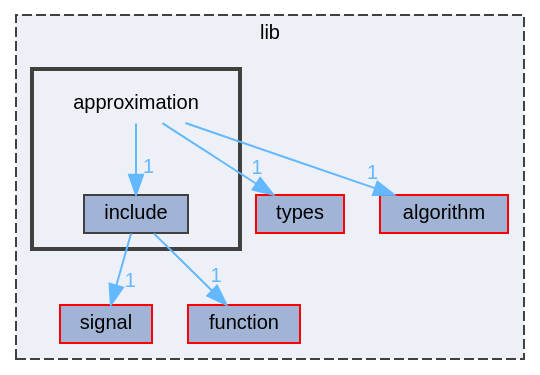
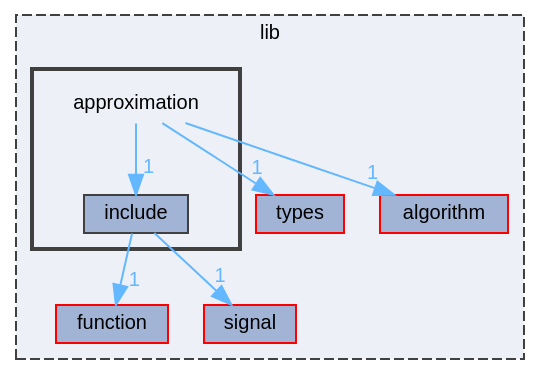
Before and after one commit to pawelekg95/algopp: the diagram in dir_f4f6abf580949af0987efb2b5288cd6d_dep.dot, drawn with Graphviz. The commit also changed other lines of this file and 63 other files, not shown here.

```diff
--- a/dir_f4f6abf580949af0987efb2b5288cd6d_dep.dot
+++ b/dir_f4f6abf580949af0987efb2b5288cd6d_dep.dot
@@ -1,25 +1,25 @@
 digraph "lib/approximation"
 {
  // LATEX_PDF_SIZE
   bgcolor="transparent";
   edge [fontname=Helvetica,fontsize=10,labelfontname=Helvetica,labelfontsize=10];
   node [fontname=Helvetica,fontsize=10,shape=box,height=0.2,width=0.4];
   compound=true
   subgraph clusterdir_97aefd0d527b934f1d99a682da8fe6a9 {
     graph [ bgcolor="#edf0f7", pencolor="grey25", label="lib", fontname=Helvetica,fontsize=10 style="filled,dashed", URL="dir_97aefd0d527b934f1d99a682da8fe6a9.html",tooltip=""]
   dir_560694f03ee5bf1136d79e4f1ca1ca37 [label="types", fillcolor="#a2b4d6", color="red", style="filled", URL="dir_560694f03ee5bf1136d79e4f1ca1ca37.html",tooltip=""];
   dir_f5dd86dbd9583e7b6fc3983d3949da68 [label="algorithm", fillcolor="#a2b4d6", color="red", style="filled", URL="dir_f5dd86dbd9583e7b6fc3983d3949da68.html",tooltip=""];
+  dir_3b39e246e957d89ef5380b11409e8380 [label="function", fillcolor="#a2b4d6", color="red", style="filled", URL="dir_3b39e246e957d89ef5380b11409e8380.html",tooltip=""];
   dir_85595cb542db97c92303133db6d9ba0a [label="signal", fillcolor="#a2b4d6", color="red", style="filled", URL="dir_85595cb542db97c92303133db6d9ba0a.html",tooltip=""];
-  dir_3b39e246e957d89ef5380b11409e8380 [label="function", fillcolor="#a2b4d6", color="red", style="filled", URL="dir_3b39e246e957d89ef5380b11409e8380.html",tooltip=""];
   subgraph clusterdir_f4f6abf580949af0987efb2b5288cd6d {
     graph [ bgcolor="#edf0f7", pencolor="grey25", label="", fontname=Helvetica,fontsize=10 style="filled,bold", URL="dir_f4f6abf580949af0987efb2b5288cd6d.html",tooltip=""]
     dir_f4f6abf580949af0987efb2b5288cd6d [shape=plaintext, label="approximation"];
   dir_8c415c826d28bb00437242f6e774f67f [label="include", fillcolor="#a2b4d6", color="grey25", style="filled", URL="dir_8c415c826d28bb00437242f6e774f67f.html",tooltip=""];
   }
   }
   dir_f4f6abf580949af0987efb2b5288cd6d->dir_560694f03ee5bf1136d79e4f1ca1ca37 [headlabel="1", labeldistance=1.5 headhref="dir_000002_000028.html" color="steelblue1" fontcolor="steelblue1"];
   dir_f4f6abf580949af0987efb2b5288cd6d->dir_8c415c826d28bb00437242f6e774f67f [headlabel="1", labeldistance=1.5 headhref="dir_000002_000016.html" color="steelblue1" fontcolor="steelblue1"];
   dir_f4f6abf580949af0987efb2b5288cd6d->dir_f5dd86dbd9583e7b6fc3983d3949da68 [headlabel="1", labeldistance=1.5 headhref="dir_000002_000000.html" color="steelblue1" fontcolor="steelblue1"];
   dir_8c415c826d28bb00437242f6e774f67f->dir_3b39e246e957d89ef5380b11409e8380 [headlabel="1", labeldistance=1.5 headhref="dir_000016_000011.html" color="steelblue1" fontcolor="steelblue1"];
   dir_8c415c826d28bb00437242f6e774f67f->dir_85595cb542db97c92303133db6d9ba0a [headlabel="1", labeldistance=1.5 headhref="dir_000016_000025.html" color="steelblue1" fontcolor="steelblue1"];
 }
```
